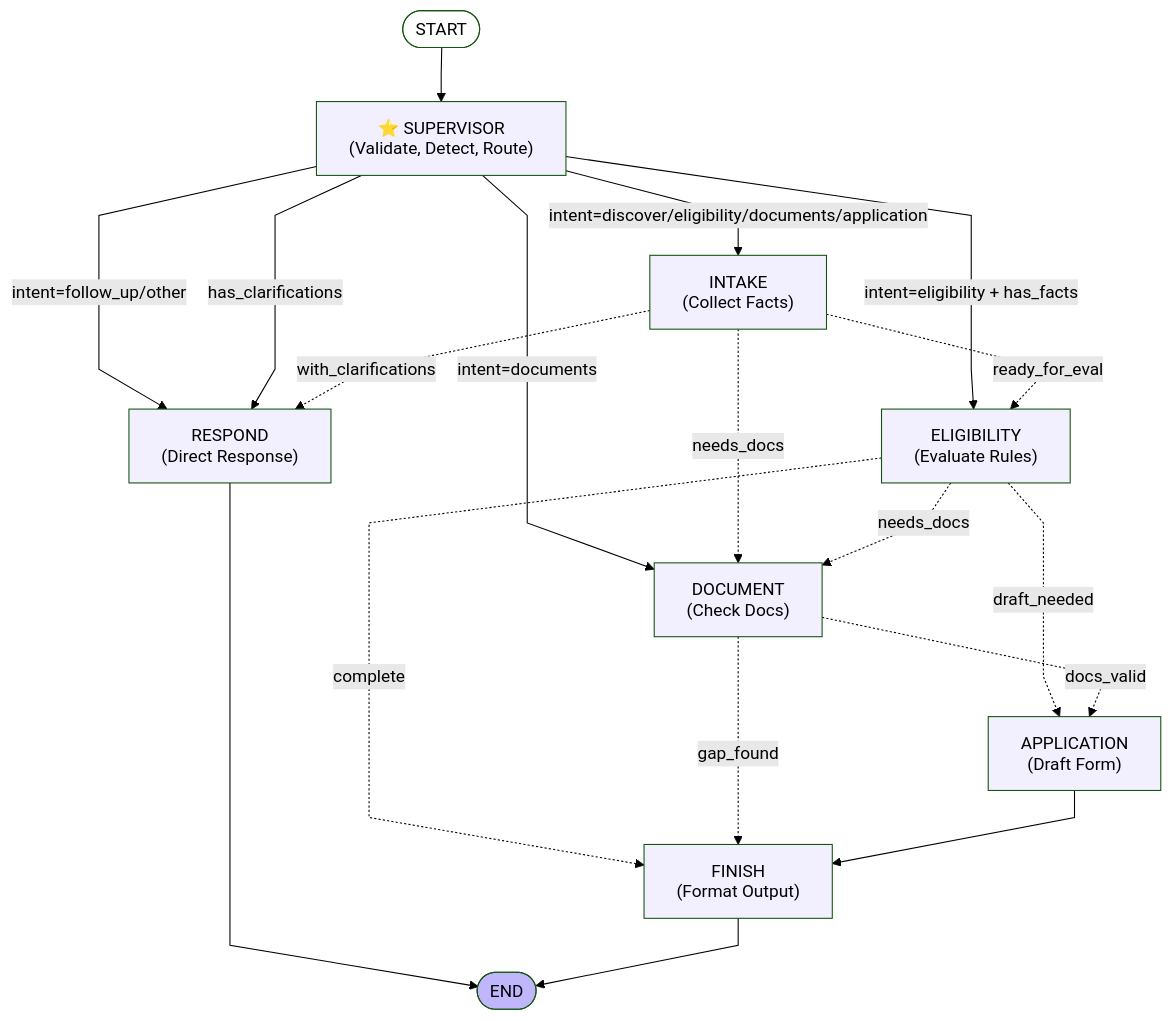
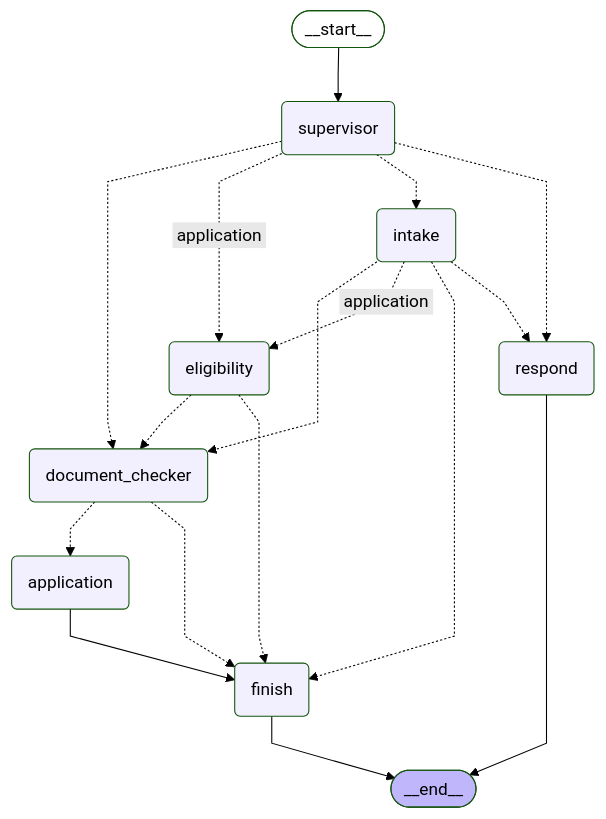
Before and after one commit to scheme-saathi/scheme-saathi: the diagram in docs/workflow-graph.md, drawn with Mermaid (forest theme). The commit also changed other lines of this file and 3 other files, not shown here.

First line of the commit message:
Fix diagram generation and demo API tests for Supervisor-first architecture

````diff
--- a/docs/workflow-graph.md
+++ b/docs/workflow-graph.md
@@ -9,46 +8,36 @@
 ```mermaid
 ---
 config:
   flowchart:
     curve: linear
 ---
 graph TD;
-	__start__([<p>START</p>]):::first
-	supervisor["⭐ SUPERVISOR<br/>(Validate, Detect, Route)"]
-	intake["INTAKE<br/>(Collect Facts)"]
-	eligibility["ELIGIBILITY<br/>(Evaluate Rules)"]
-	document_checker["DOCUMENT<br/>(Check Docs)"]
-	application["APPLICATION<br/>(Draft Form)"]
-	respond["RESPOND<br/>(Direct Response)"]
-	finish["FINISH<br/>(Format Output)"]
-	__end__([<p>END</p>]):::last
-	
+	__start__([<p>__start__</p>]):::first
+	supervisor(supervisor)
+	intake(intake)
+	eligibility(eligibility)
+	document_checker(document_checker)
+	application(application)
+	finish(finish)
+	respond(respond)
+	__end__([<p>__end__</p>]):::last
 	__start__ --> supervisor;
-	
-	supervisor -->|intent=discover/eligibility/documents/application| intake;
-	supervisor -->|intent=eligibility + has_facts| eligibility;
-	supervisor -->|intent=documents| document_checker;
-	supervisor -->|intent=follow_up/other| respond;
-	supervisor -->|has_clarifications| respond;
-	
-	intake -.->|with_clarifications| respond;
-	intake -.->|ready_for_eval| eligibility;
-	intake -.->|needs_docs| document_checker;
-	
-	eligibility -.->|needs_docs| document_checker;
-	eligibility -.->|draft_needed| application;
-	eligibility -.->|complete| finish;
-	
-	document_checker -.->|gap_found| finish;
-	document_checker -.->|docs_valid| application;
-	
 	application --> finish;
-	
+	document_checker -.-> application;
+	document_checker -.-> finish;
+	eligibility -.-> document_checker;
+	eligibility -.-> finish;
+	intake -.-> document_checker;
+	intake -. &nbsp;application&nbsp; .-> eligibility;
+	intake -.-> finish;
+	intake -.-> respond;
+	supervisor -.-> document_checker;
+	supervisor -. &nbsp;application&nbsp; .-> eligibility;
+	supervisor -.-> intake;
+	supervisor -.-> respond;
+	finish --> __end__;
 	respond --> __end__;
-	finish --> __end__;
-	
 	classDef default fill:#f2f0ff,line-height:1.2
 	classDef first fill-opacity:0
 	classDef last fill:#bfb6fc
-	classDef supervisor fill:#fff4e6,stroke:#ff9800,stroke-width:3px
 ```
````
